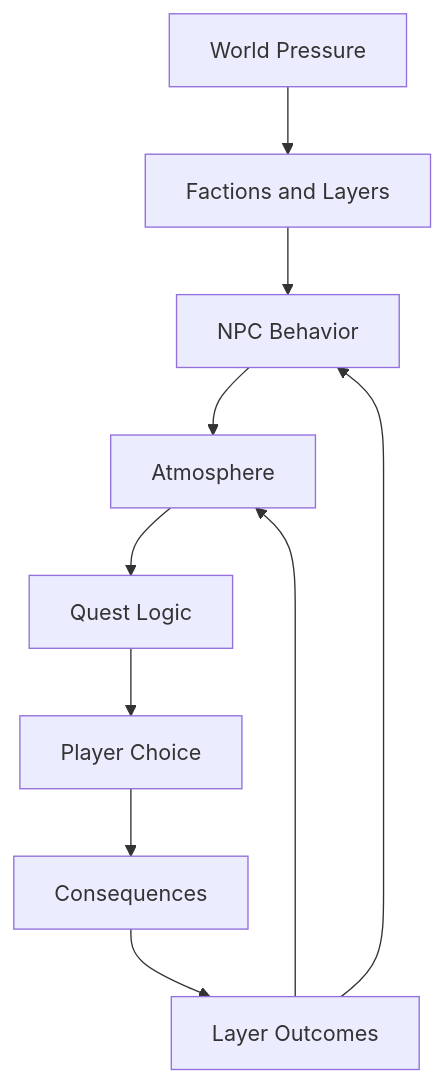
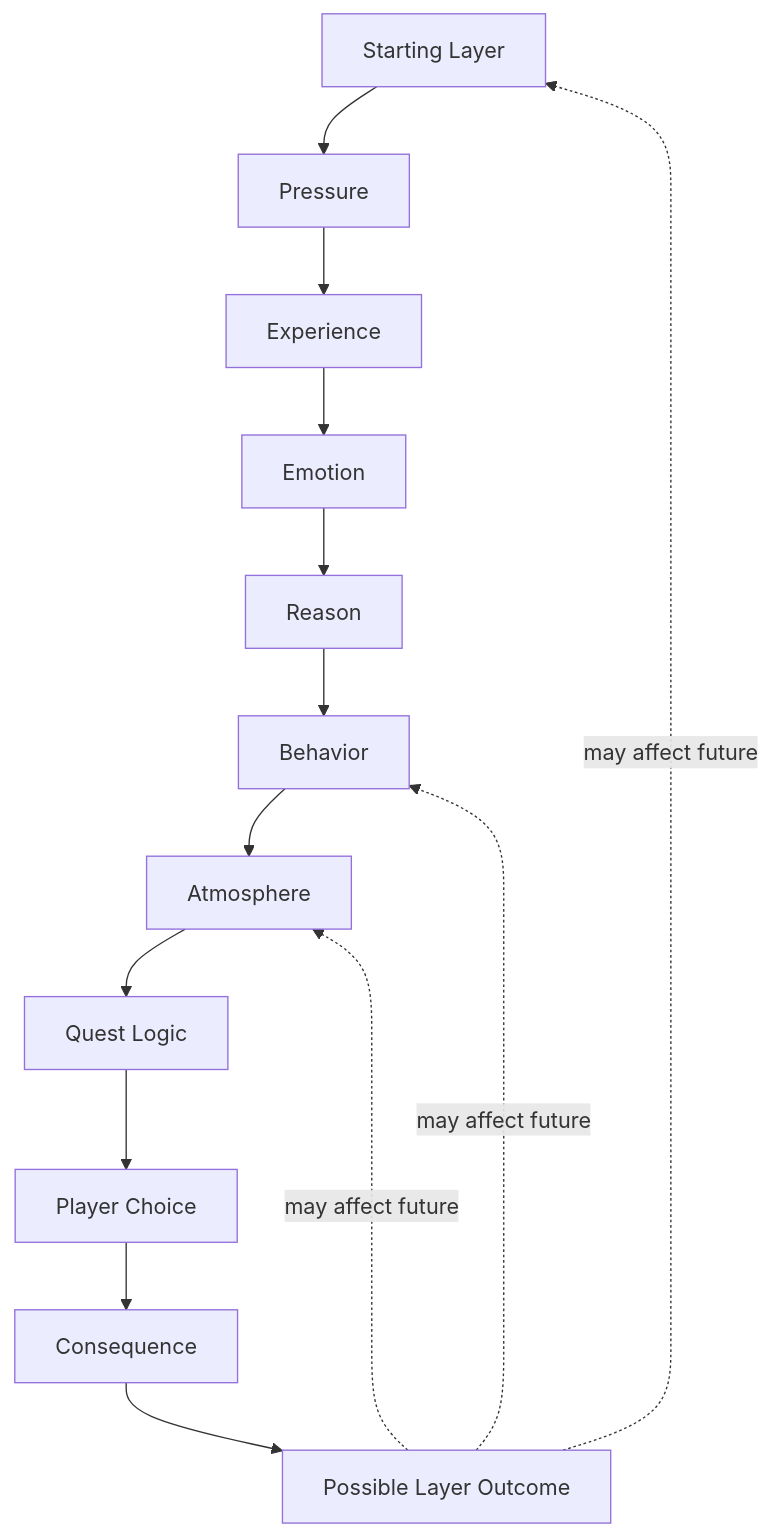
The diagram in README.md (VediRago/Fragments), drawn with Mermaid before and after one commit. The commit also changed other lines of this file, not shown here.

Commit message:
Clarify README method diagram with tested chain

````diff
--- a/README.md
+++ b/README.md
@@ -48,12 +48,28 @@
 ```mermaid
 flowchart TD
-    A[World Pressure] --> B[Factions and Layers]
-    B --> C[NPC Behavior]
-    C --> D[Atmosphere]
-    D --> E[Quest Logic]
-    E --> F[Player Choice]
-    F --> G[Consequences]
-    G --> H[Layer Outcomes]
-    H --> C
-    H --> D
+    A[Starting Layer]
+    B[Pressure]
+    C[Experience]
+    D[Emotion]
+    E[Reason]
+    F[Behavior]
+    G[Atmosphere]
+    H[Quest Logic]
+    I[Player Choice]
+    J[Consequence]
+    K[Possible Layer Outcome]
+
+    A --> B
+    B --> C
+    C --> D
+    D --> E
+    E --> F
+    F --> G
+    G --> H
+    H --> I
+    I --> J
+    J --> K
+    K -. may affect future .-> A
+    K -. may affect future .-> F
+    K -. may affect future .-> G
 ```
````
